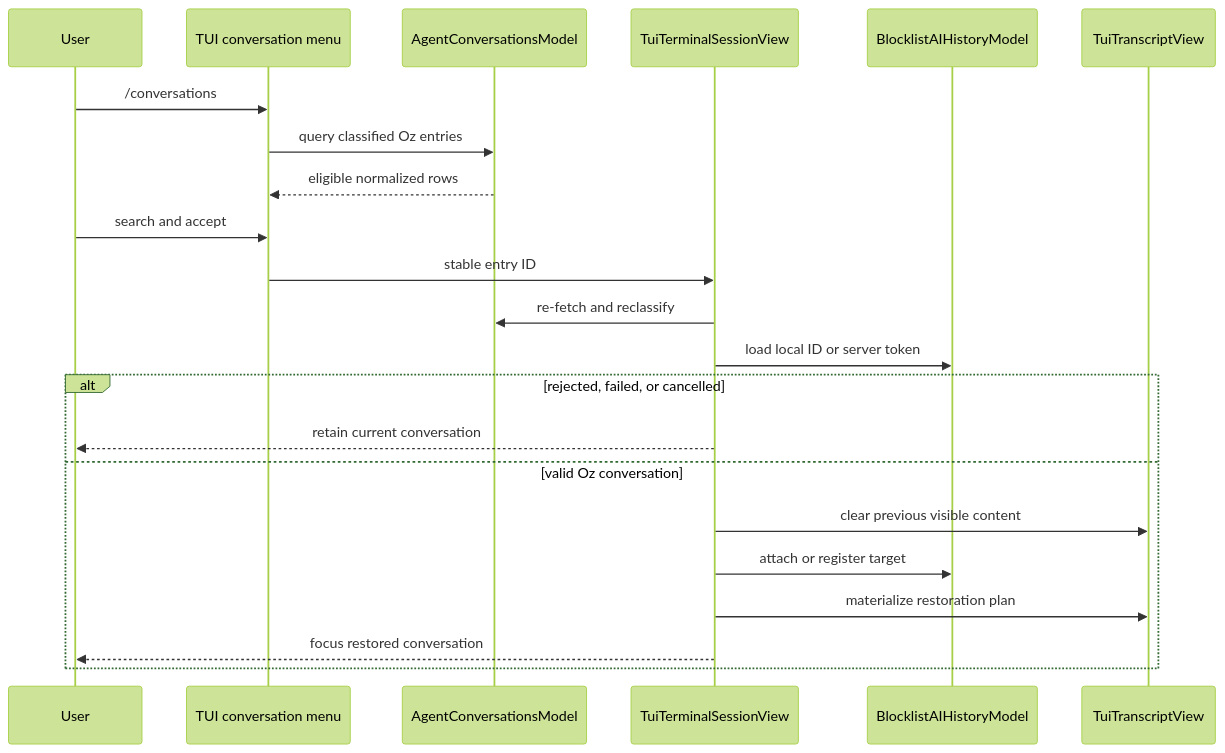
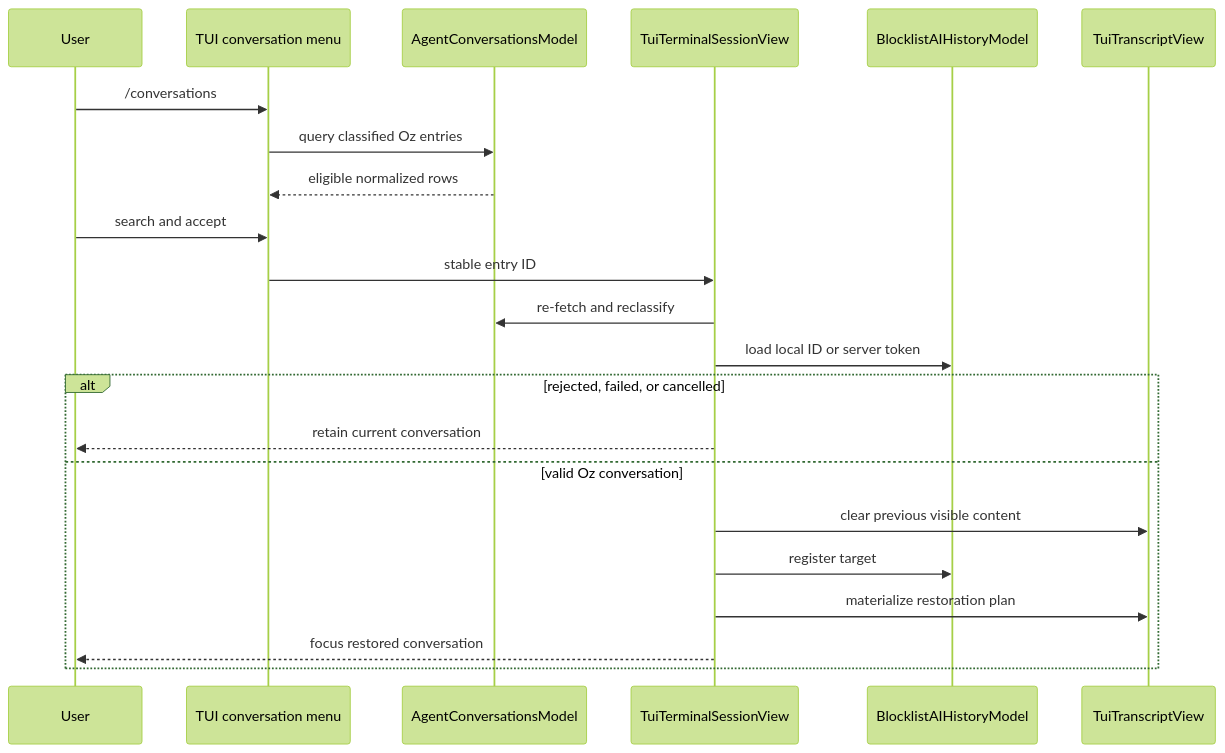
One commit to warpdotdev/warp changed the diagram in specs/CODE-1821/TECH.md. Above: the diagram before and after it, drawn with Mermaid (forest theme). The commit also changed other lines of this file and 8 other files, not shown here.

````diff
--- a/specs/CODE-1821/TECH.md
+++ b/specs/CODE-1821/TECH.md
@@ -138,25 +136,25 @@
 ```mermaid
 sequenceDiagram
   participant User
   participant Menu as TUI conversation menu
   participant Model as AgentConversationsModel
   participant Session as TuiTerminalSessionView
   participant History as BlocklistAIHistoryModel
   participant Transcript as TuiTranscriptView
 
   User->>Menu: /conversations
   Menu->>Model: query classified Oz entries
   Model-->>Menu: eligible normalized rows
   User->>Menu: search and accept
   Menu->>Session: stable entry ID
   Session->>Model: re-fetch and reclassify
   Session->>History: load local ID or server token
   alt rejected, failed, or cancelled
     Session-->>User: retain current conversation
   else valid Oz conversation
     Session->>Transcript: clear previous visible content
-    Session->>History: attach or register target
+    Session->>History: register target
     Session->>Transcript: materialize restoration plan
     Session-->>User: focus restored conversation
   end
 ```
````
